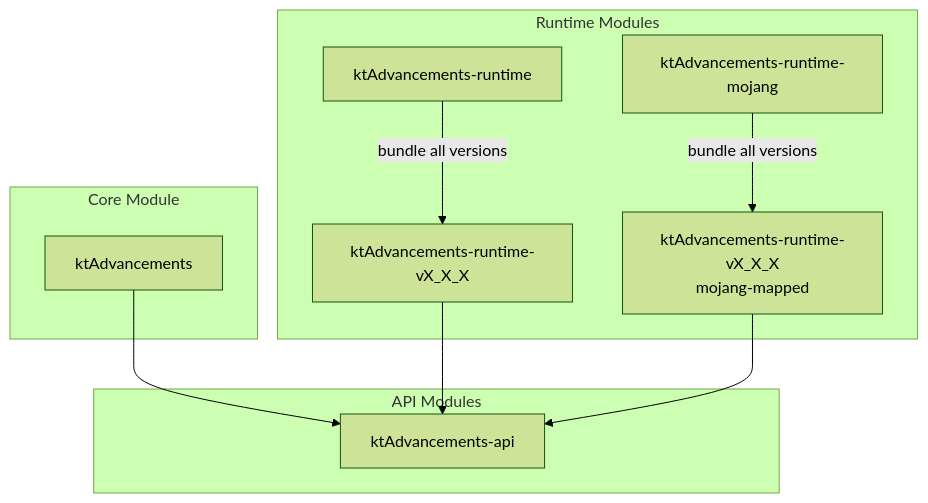
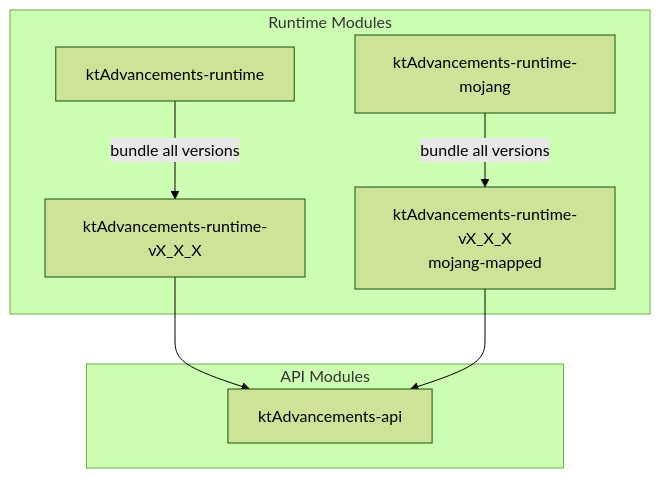
One commit to sya-ri/ktAdvancements changed the diagram in README.md. Above: the diagram before and after it, drawn with Mermaid (forest theme). The commit also changed other lines of this file and 4 other files, not shown here.

````diff
--- a/README.md
+++ b/README.md
@@ -168,19 +187,14 @@
 ```mermaid
 graph TD
-    subgraph Core[Core Module]
-        A[ktAdvancements]
-    end
-
     subgraph API[API Modules]
         E[ktAdvancements-api]
     end
 
     subgraph Runtime[Runtime Modules]
         G[ktAdvancements-runtime] -->|"bundle all versions"| H[ktAdvancements-runtime-vX_X_X]
         K[ktAdvancements-runtime-mojang] -->|"bundle all versions"| L[ktAdvancements-runtime-vX_X_X<br>mojang-mapped]
     end
 
-    A --> E
     H --> E
     L --> E
 ```
````
